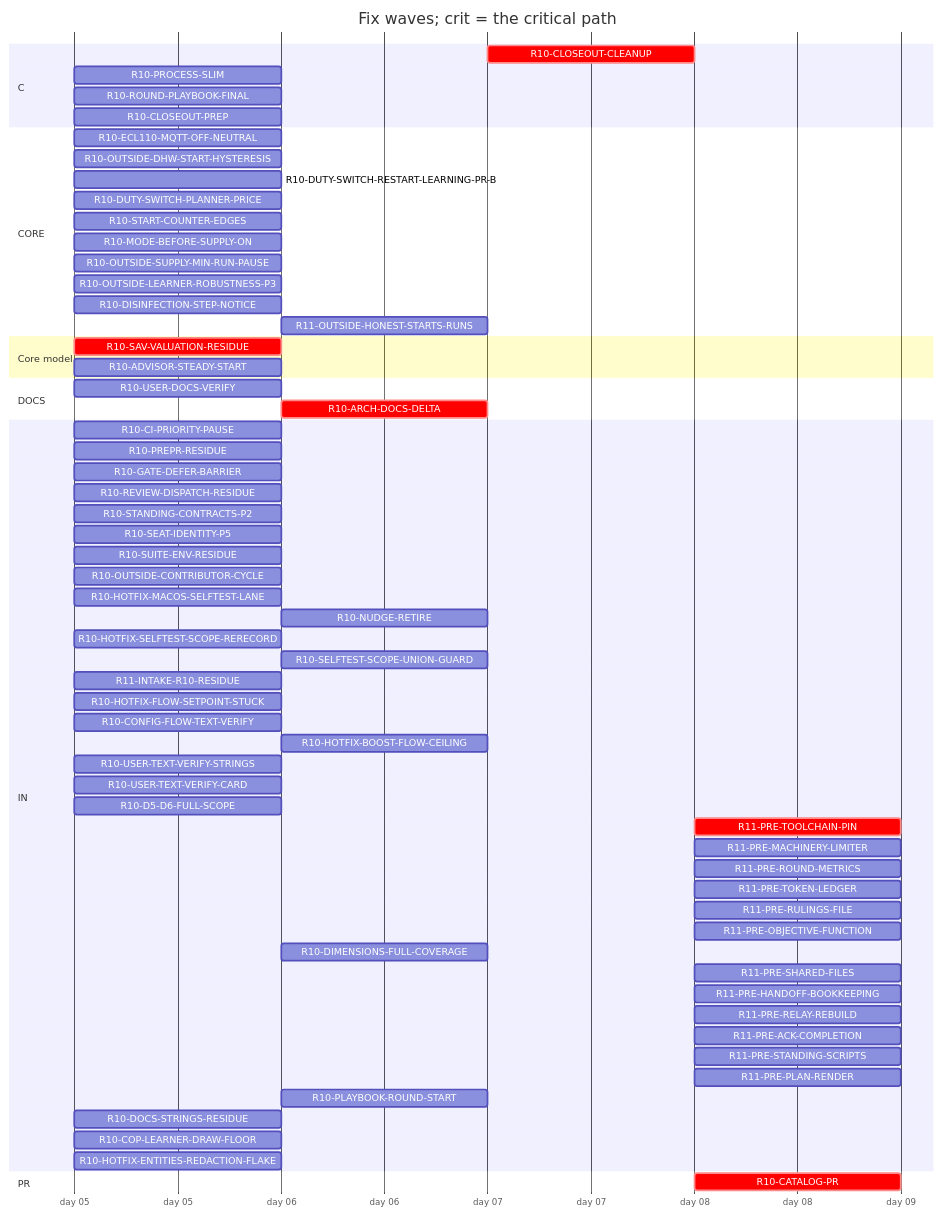
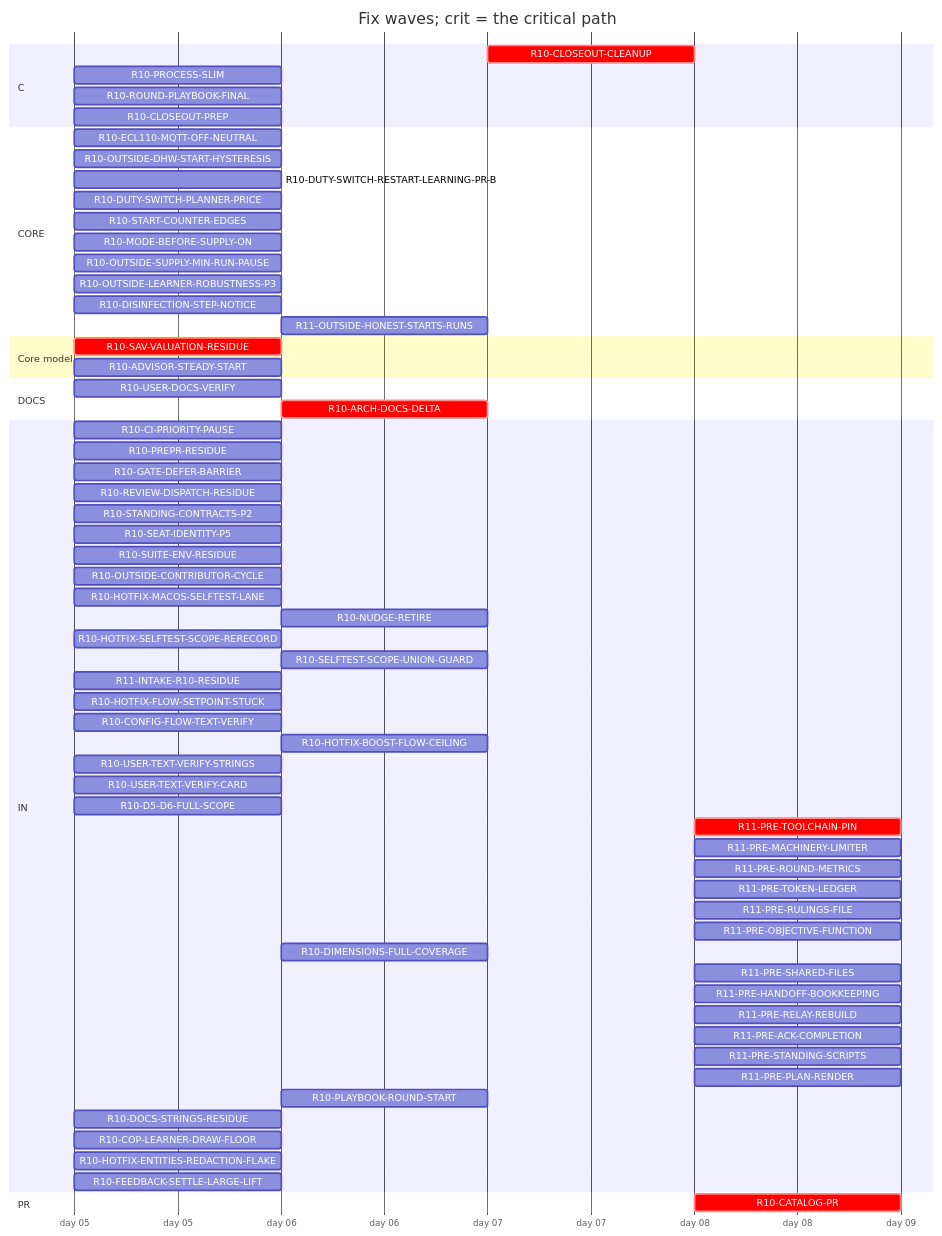
One commit to tvofi/heatpump_optimizer changed the diagram in handoff/round10/state/PLAN-TABLE.md. Above: the diagram before and after it, drawn with Mermaid. The commit also changed other lines of this file and 4 other files, not shown here.

Commit message:
state: FLOW-BOARD.md, NEXT-SESSION-PROMPT.md, PLAN-TABLE.md, PLAN.html, RESUME-CURRENT.md regenerated (state_docs.py)

````diff
--- a/handoff/round10/state/PLAN-TABLE.md
+++ b/handoff/round10/state/PLAN-TABLE.md
@@ -19,67 +19,68 @@
 ```mermaid
 gantt
   title Fix waves; crit = the critical path
   dateFormat YYYY-MM-DD
   axisFormat day %d
   section C
     R10-CLOSEOUT-CLEANUP :crit, r10CLOSEOUTCLEANUP, after r10USERDOCSVERIFY r10CLOSEOUTPREP r10ARCHDOCSDELTA, 1d
     R10-PROCESS-SLIM :r10PROCESSSLIM, 2026-01-05, 1d
     R10-ROUND-PLAYBOOK-FINAL :r10ROUNDPLAYBOOKFINAL, 2026-01-05, 1d
     R10-CLOSEOUT-PREP :r10CLOSEOUTPREP, 2026-01-05, 1d
   section CORE
     R10-ECL110-MQTT-OFF-NEUTRAL :r10ECL110MQTTOFFNEUTRAL, 2026-01-05, 1d
     R10-OUTSIDE-DHW-START-HYSTERESIS :r10OUTSIDEDHWSTARTHYSTERESIS, 2026-01-05, 1d
     R10-DUTY-SWITCH-RESTART-LEARNING-PR-B :r10DUTYSWITCHRESTARTLEARNINGPRB, 2026-01-05, 1d
     R10-DUTY-SWITCH-PLANNER-PRICE :r10DUTYSWITCHPLANNERPRICE, 2026-01-05, 1d
     R10-START-COUNTER-EDGES :r10STARTCOUNTEREDGES, 2026-01-05, 1d
     R10-MODE-BEFORE-SUPPLY-ON :r10MODEBEFORESUPPLYON, 2026-01-05, 1d
     R10-OUTSIDE-SUPPLY-MIN-RUN-PAUSE :r10OUTSIDESUPPLYMINRUNPAUSE, 2026-01-05, 1d
     R10-OUTSIDE-LEARNER-ROBUSTNESS-P3 :r10OUTSIDELEARNERROBUSTNESSP3, 2026-01-05, 1d
     R10-DISINFECTION-STEP-NOTICE :r10DISINFECTIONSTEPNOTICE, 2026-01-05, 1d
     R11-OUTSIDE-HONEST-STARTS-RUNS :r11OUTSIDEHONESTSTARTSRUNS, after r10DUTYSWITCHPLANNERPRICE r10OUTSIDEDHWSTARTHYSTERESIS r10OUTSIDESUPPLYMINRUNPAUSE r10ADVISORSTEADYSTART, 1d
   section Core model
     R10-SAV-VALUATION-RESIDUE :crit, r10SAVVALUATIONRESIDUE, 2026-01-05, 1d
     R10-ADVISOR-STEADY-START :r10ADVISORSTEADYSTART, 2026-01-05, 1d
   section DOCS
     R10-USER-DOCS-VERIFY :r10USERDOCSVERIFY, 2026-01-05, 1d
     R10-ARCH-DOCS-DELTA :crit, r10ARCHDOCSDELTA, after r10SAVVALUATIONRESIDUE r10ADVISORSTEADYSTART, 1d
   section IN
     R10-CI-PRIORITY-PAUSE :r10CIPRIORITYPAUSE, 2026-01-05, 1d
     R10-PREPR-RESIDUE :r10PREPRRESIDUE, 2026-01-05, 1d
     R10-GATE-DEFER-BARRIER :r10GATEDEFERBARRIER, 2026-01-05, 1d
     R10-REVIEW-DISPATCH-RESIDUE :r10REVIEWDISPATCHRESIDUE, 2026-01-05, 1d
     R10-STANDING-CONTRACTS-P2 :r10STANDINGCONTRACTSP2, 2026-01-05, 1d
     R10-SEAT-IDENTITY-P5 :r10SEATIDENTITYP5, 2026-01-05, 1d
     R10-SUITE-ENV-RESIDUE :r10SUITEENVRESIDUE, 2026-01-05, 1d
     R10-OUTSIDE-CONTRIBUTOR-CYCLE :r10OUTSIDECONTRIBUTORCYCLE, 2026-01-05, 1d
     R10-HOTFIX-MACOS-SELFTEST-LANE :r10HOTFIXMACOSSELFTESTLANE, 2026-01-05, 1d
     R10-NUDGE-RETIRE :r10NUDGERETIRE, after r10ROUNDPLAYBOOKFINAL, 1d
     R10-HOTFIX-SELFTEST-SCOPE-RERECORD :r10HOTFIXSELFTESTSCOPERERECORD, 2026-01-05, 1d
     R10-SELFTEST-SCOPE-UNION-GUARD :r10SELFTESTSCOPEUNIONGUARD, after r10HOTFIXSELFTESTSCOPERERECORD, 1d
     R11-INTAKE-R10-RESIDUE :r11INTAKER10RESIDUE, 2026-01-05, 1d
     R10-HOTFIX-FLOW-SETPOINT-STUCK :r10HOTFIXFLOWSETPOINTSTUCK, 2026-01-05, 1d
     R10-CONFIG-FLOW-TEXT-VERIFY :r10CONFIGFLOWTEXTVERIFY, 2026-01-05, 1d
     R10-HOTFIX-BOOST-FLOW-CEILING :r10HOTFIXBOOSTFLOWCEILING, after r10HOTFIXFLOWSETPOINTSTUCK, 1d
     R10-USER-TEXT-VERIFY-STRINGS :r10USERTEXTVERIFYSTRINGS, 2026-01-05, 1d
     R10-USER-TEXT-VERIFY-CARD :r10USERTEXTVERIFYCARD, 2026-01-05, 1d
     R10-D5-D6-FULL-SCOPE :r10D5D6FULLSCOPE, 2026-01-05, 1d
     R11-PRE-TOOLCHAIN-PIN :crit, r11PRETOOLCHAINPIN, after r10CATALOGPR, 1d
     R11-PRE-MACHINERY-LIMITER :r11PREMACHINERYLIMITER, after r10CATALOGPR, 1d
     R11-PRE-ROUND-METRICS :r11PREROUNDMETRICS, after r10CATALOGPR, 1d
     R11-PRE-TOKEN-LEDGER :r11PRETOKENLEDGER, after r10CATALOGPR, 1d
     R11-PRE-RULINGS-FILE :r11PRERULINGSFILE, after r10CATALOGPR, 1d
     R11-PRE-OBJECTIVE-FUNCTION :r11PREOBJECTIVEFUNCTION, after r10CATALOGPR, 1d
     R10-DIMENSIONS-FULL-COVERAGE :r10DIMENSIONSFULLCOVERAGE, after r10D5D6FULLSCOPE, 1d
     R11-PRE-SHARED-FILES :r11PRESHAREDFILES, after r10CATALOGPR, 1d
     R11-PRE-HANDOFF-BOOKKEEPING :r11PREHANDOFFBOOKKEEPING, after r10CATALOGPR, 1d
     R11-PRE-RELAY-REBUILD :r11PRERELAYREBUILD, after r10CATALOGPR, 1d
     R11-PRE-ACK-COMPLETION :r11PREACKCOMPLETION, after r10CATALOGPR, 1d
     R11-PRE-STANDING-SCRIPTS :r11PRESTANDINGSCRIPTS, after r10CATALOGPR, 1d
     R11-PRE-PLAN-RENDER :r11PREPLANRENDER, after r10CATALOGPR, 1d
     R10-PLAYBOOK-ROUND-START :r10PLAYBOOKROUNDSTART, after r10ROUNDPLAYBOOKFINAL, 1d
     R10-DOCS-STRINGS-RESIDUE :r10DOCSSTRINGSRESIDUE, 2026-01-05, 1d
     R10-COP-LEARNER-DRAW-FLOOR :r10COPLEARNERDRAWFLOOR, 2026-01-05, 1d
     R10-HOTFIX-ENTITIES-REDACTION-FLAKE :r10HOTFIXENTITIESREDACTIONFLAKE, 2026-01-05, 1d
+    R10-FEEDBACK-SETTLE-LARGE-LIFT :r10FEEDBACKSETTLELARGELIFT, 2026-01-05, 1d
   section PR
     R10-CATALOG-PR :crit, r10CATALOGPR, after r10USERDOCSVERIFY r10CLOSEOUTCLEANUP r10CLOSEOUTPREP r10ARCHDOCSDELTA, 1d
 ```
````
